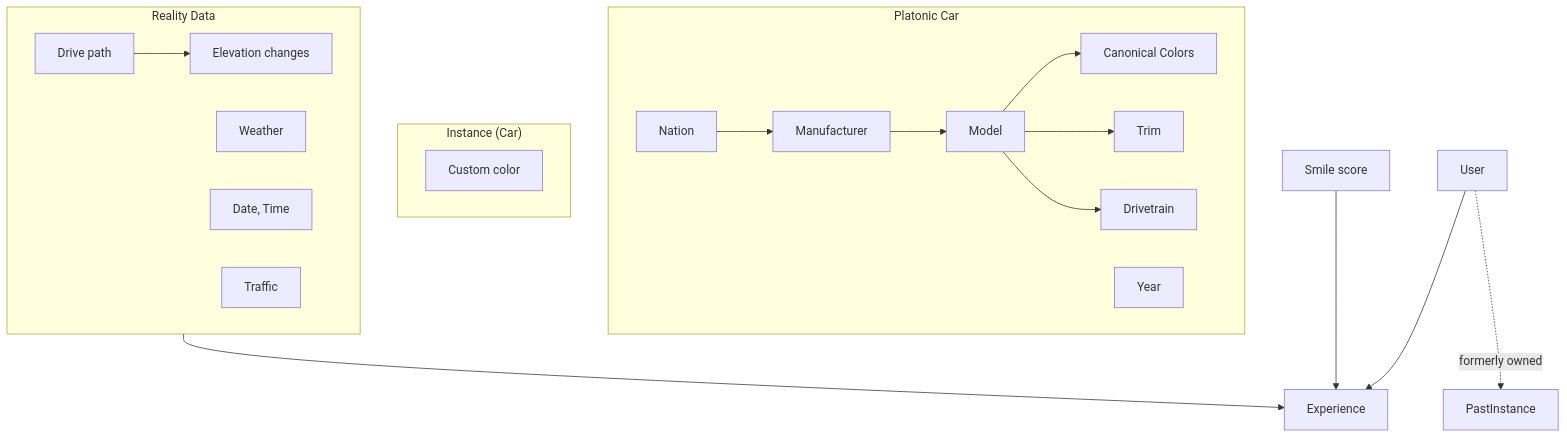
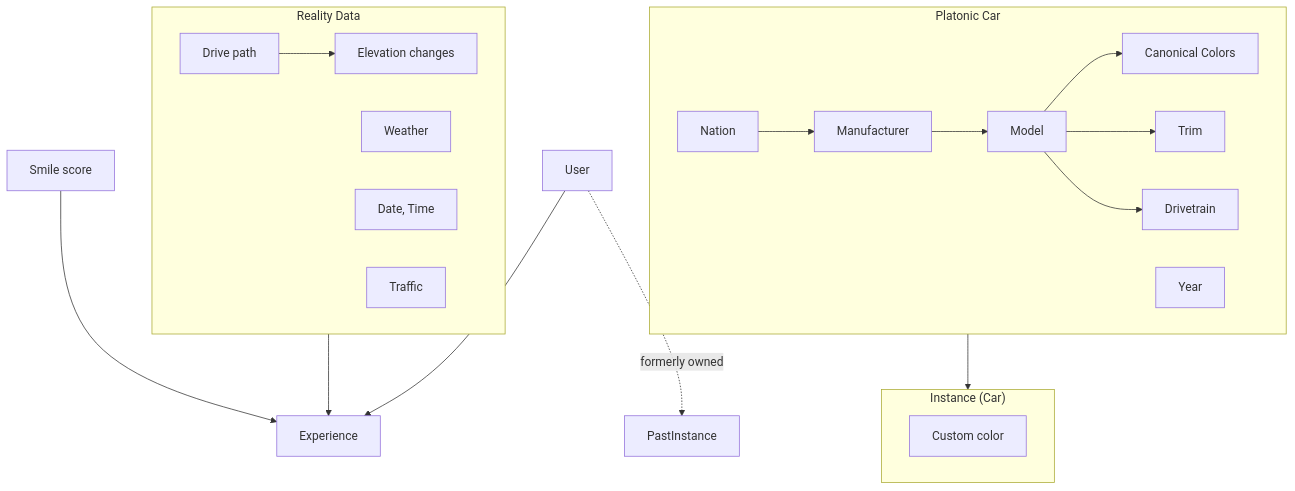
One commit to UUeird/dyno changed the diagram in docs/product.md. Above: the diagram before and after it, drawn with Mermaid.

Commit message:
Add Platonic Car to Instance link in product flow chart

````diff
--- a/docs/product.md
+++ b/docs/product.md
@@ -7,24 +7,25 @@
 ```mermaid
 flowchart TD
     subgraph PlatonicCar["Platonic Car"]
         Nation --> Manufacturer --> Model
         Model --> CanonicalColors["Canonical Colors"]
         Model --> Trim
         Model --> Drivetrain
         Year
     end
     subgraph Instance["Instance (Car)"]
         CustomColor["Custom color"]
     end
+    PlatonicCar --> Instance
     User --> Experience
     User -. formerly owned .-> PastInstance
     SmileScore["Smile score"] --> Experience
 
     subgraph RealityData["Reality Data"]
         DrivePath["Drive path"] --> Elevation["Elevation changes"]
         Weather
         DateTime["Date, Time"]
         Traffic
     end
     RealityData --> Experience
 ```
````
